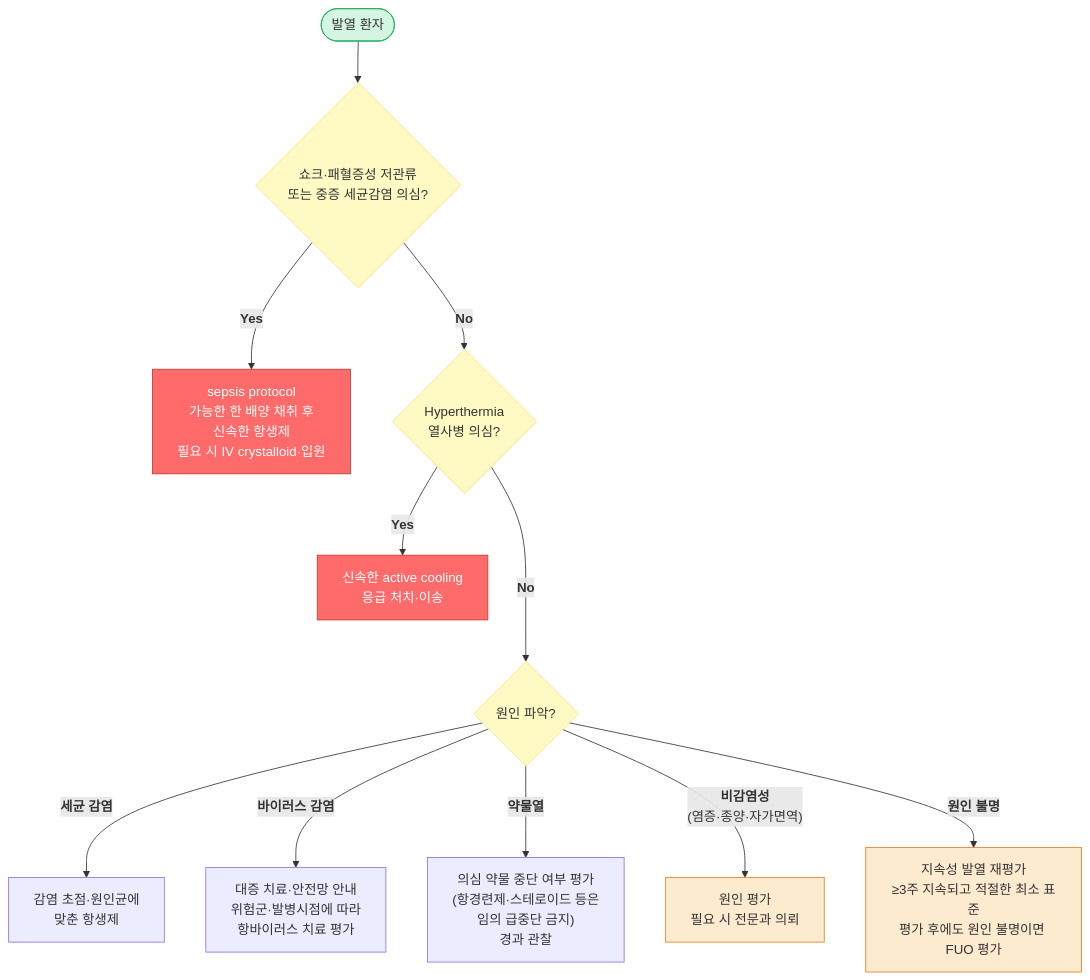
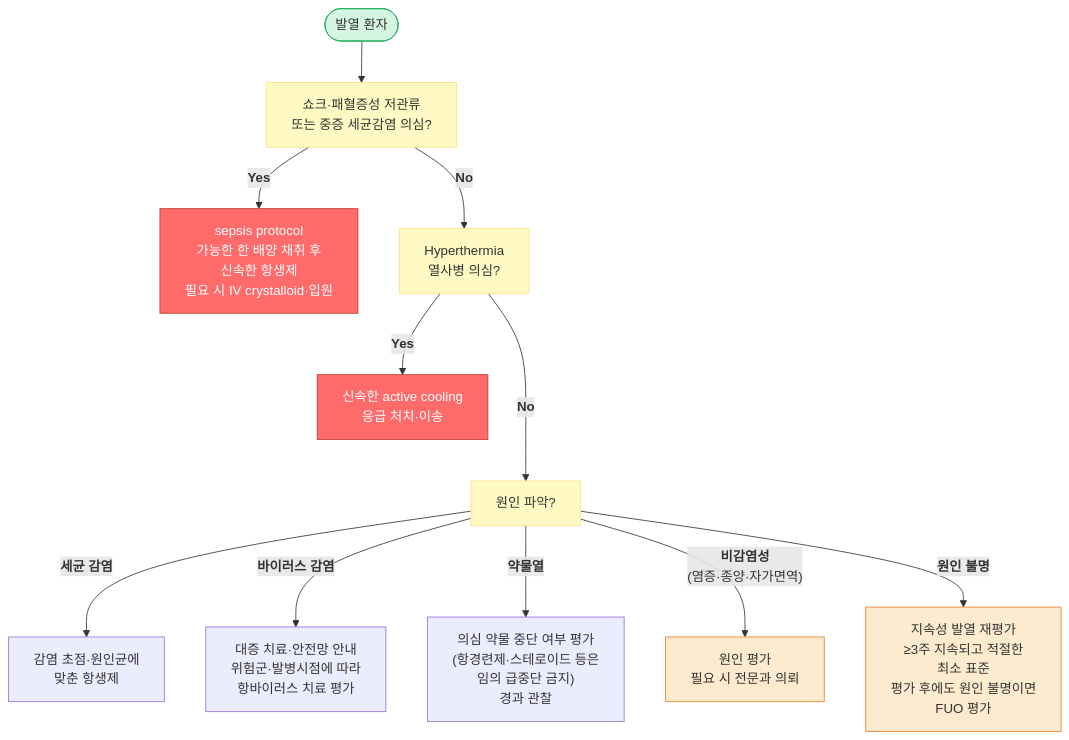
One commit to familyoh77/familyoh77 changed the second of 2 diagrams in 220_/011_-fever.md. Above: the diagram before and after it, drawn with Mermaid. The commit also changed other lines of this file, not shown here.

````diff
--- a/220_/011_-fever.md
+++ b/220_/011_-fever.md
@@ -251,21 +254,21 @@
 ```mermaid
 graph TD
-    A([발열 환자]) --> B{쇼크·패혈증성 저관류<br/>또는 중증 세균감염 의심?}
+    A([발열 환자]) --> B[쇼크·패혈증성 저관류<br/>또는 중증 세균감염 의심?]
     B -->|<b>Yes</b>| C["sepsis protocol<br/>가능한 한 배양 채취 후 <br/>신속한 항생제<br/>필요 시 IV crystalloid·입원"]
-    B -->|<b>No</b>| D{Hyperthermia<br/>열사병 의심?}
+    B -->|<b>No</b>| D[Hyperthermia<br/>열사병 의심?]
     D -->|<b>Yes</b>| E["신속한 active cooling<br/>응급 처치·이송"]
-    D --->|<b>No</b>| F{원인 파악?}
+    D --->|<b>No</b>| F[원인 파악?]
     F -->|<b>세균 감염</b>| G["감염 초점·원인균에 <br/>맞춘 항생제"]
     F -->|<b>바이러스 감염</b>| H["대증 치료·안전망 안내<br/>위험군·발병시점에 따라<br/>항바이러스 치료 평가"]
     F -->|<b>약물열</b>| I["의심 약물 중단 여부 평가<br/>(항경련제·스테로이드 등은<br/>임의 급중단 금지)<br/>경과 관찰"]
     F -->|"<b>비감염성</b><br/>(염증·종양·자가면역)"| J["원인 평가<br/>필요 시 전문과 의뢰"]
-    F -->|<b>원인 불명</b>| K["지속성 발열 재평가<br/>≥3주 지속되고 적절한 최소 표준<br/>평가 후에도 원인 불명이면 FUO 평가"]
+    F -->|<b>원인 불명</b>| K["지속성 발열 재평가<br/>≥3주 지속되고 적절한 <br/>최소 표준<br/>평가 후에도 원인 불명이면 <br/>FUO 평가"]
     classDef red    fill:#ff6b6b,stroke:#c0392b,color:#fff
     classDef green  fill:#d5f5e3,stroke:#27ae60
     classDef yellow fill:#fff9c4,stroke:#ffe082
     classDef orange fill:#fdebd0,stroke:#e67e22
     class A green
     class C,E red
     class B,D,F yellow
     class J,K orange
 ```
````
